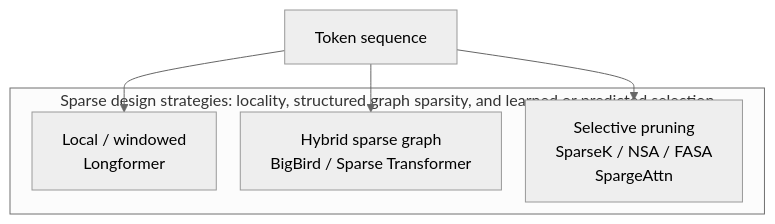
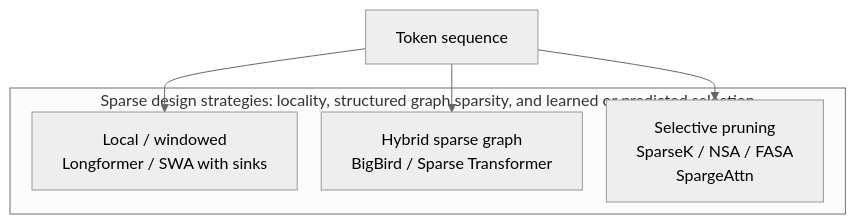
The diagram in docs/paper/figures/sparse-map.mmd (erickfmm/frankenstein-transformer), drawn with Mermaid before and after one commit. The commit also changed 31 other files, not shown here.

First line of the commit message:
feat(attention): add swa_attn sliding-window attention with sinks

```diff
--- a/docs/paper/figures/sparse-map.mmd
+++ b/docs/paper/figures/sparse-map.mmd
@@ -1,13 +1,13 @@
 %%{init: {"theme":"neutral","flowchart":{"curve":"basis","nodeSpacing":24,"rankSpacing":24,"wrappingWidth":230}}}%%
 flowchart TD
   tokens["Token sequence"]
 
   subgraph strategies["Sparse design strategies: locality, structured graph sparsity, and learned or predicted selection"]
-    local["Local / windowed<br/>Longformer"]
+    local["Local / windowed<br/>Longformer / SWA with sinks"]
     hybrid["Hybrid sparse graph<br/>BigBird / Sparse Transformer"]
     select["Selective pruning<br/>SparseK / NSA / FASA<br/>SpargeAttn"]
   end
 
   tokens --> local
   tokens --> hybrid
   tokens --> select
```
